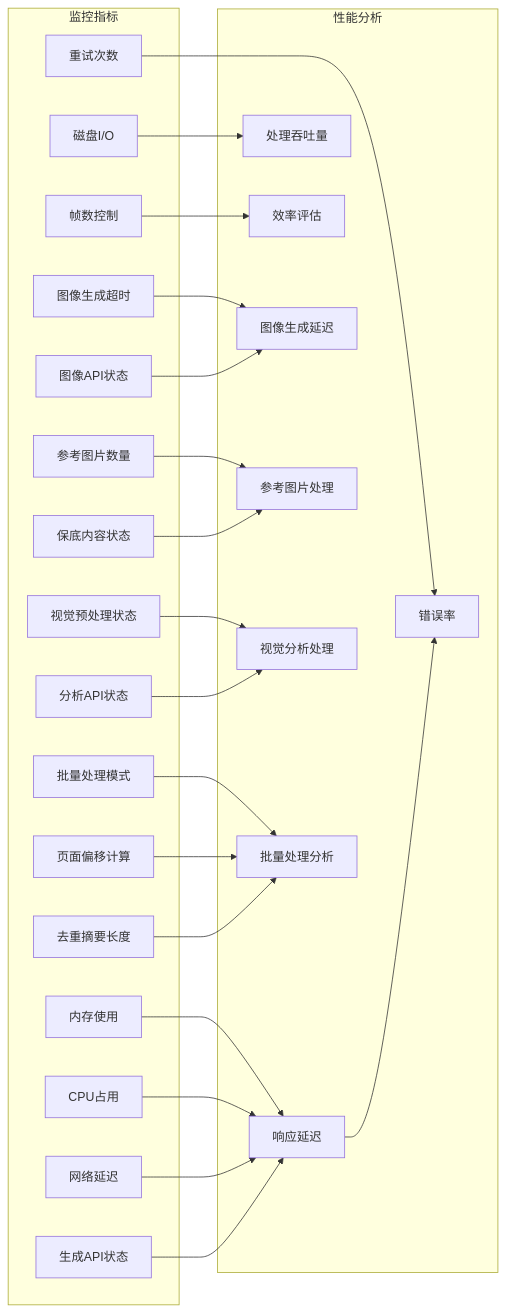
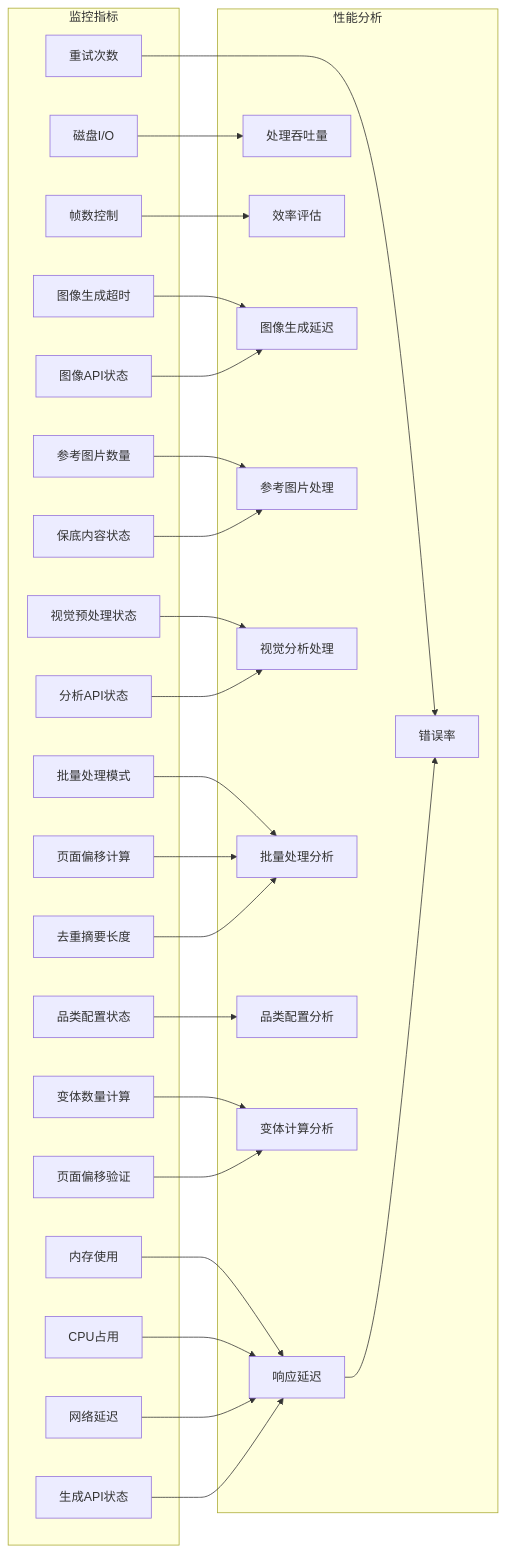
Before and after one commit to WongMingJiu/landingpage-test-hero-page: diagram 23 of 23 in .qoder/repowiki/zh/content/配置和定制/配置和定制.md, drawn with Mermaid. The commit also changed other lines of this file and 6 other files, not shown here.

````diff
--- a/.qoder/repowiki/zh/content/配置和定制/配置和定制.md
+++ b/.qoder/repowiki/zh/content/配置和定制/配置和定制.md
@@ -1002,48 +1331,56 @@
 ```mermaid
 graph LR
 subgraph "监控指标"
 Memory[内存使用]
 CPU[CPU占用]
 Network[网络延迟]
 Disk[磁盘I/O]
 Frames[帧数控制]
 Retries[重试次数]
 ImageTimeout[图像生成超时]
 RefImages[参考图片数量]
 FallbackContent[保底内容状态]
 VisualPreprocess[视觉预处理状态]
 AnalyseAPI[分析API状态]
 GenerateAPI[生成API状态]
 ImageAPI[图像API状态]
 BatchMode[批量处理模式]
 BatchOffset[页面偏移计算]
 ExistingSummary[去重摘要长度]
+CategoryConfig[品类配置状态]
+VariantCount[变体数量计算]
+PageOffset[页面偏移验证]
 end
 subgraph "性能分析"
 Latency[响应延迟]
 Throughput[处理吞吐量]
 ErrorRate[错误率]
 Efficiency[效率评估]
 ImageLatency[图像生成延迟]
 RefProcessing[参考图片处理]
 VisualAnalysis[视觉分析处理]
 BatchProcessing[批量处理分析]
+CategoryAnalysis[品类配置分析]
+VariantCalculation[变体计算分析]
 end
 Memory --> Latency
 CPU --> Latency
 Network --> Latency
 Disk --> Throughput
 Frames --> Efficiency
 Retries --> ErrorRate
 ImageTimeout --> ImageLatency
 RefImages --> RefProcessing
 FallbackContent --> RefProcessing
 VisualPreprocess --> VisualAnalysis
 AnalyseAPI --> VisualAnalysis
 GenerateAPI --> Latency
 ImageAPI --> ImageLatency
 BatchMode --> BatchProcessing
 BatchOffset --> BatchProcessing
 ExistingSummary --> BatchProcessing
+CategoryConfig --> CategoryAnalysis
+VariantCount --> VariantCalculation
+PageOffset --> VariantCalculation
 Latency --> ErrorRate
 ```
````
